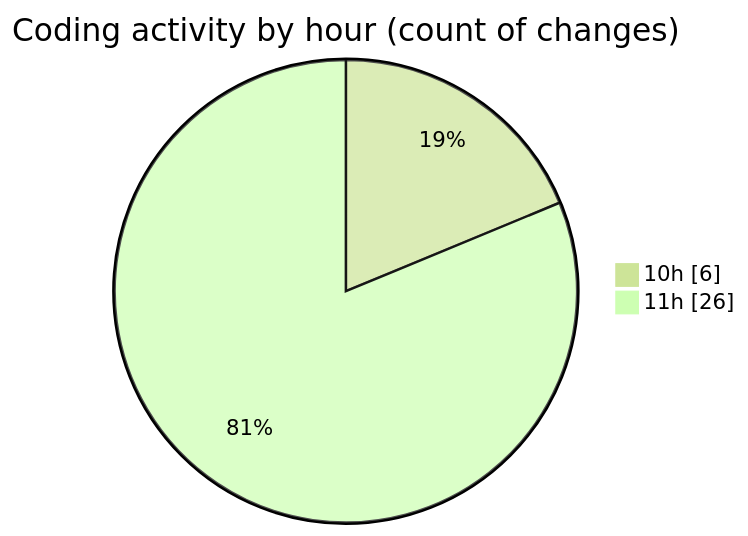
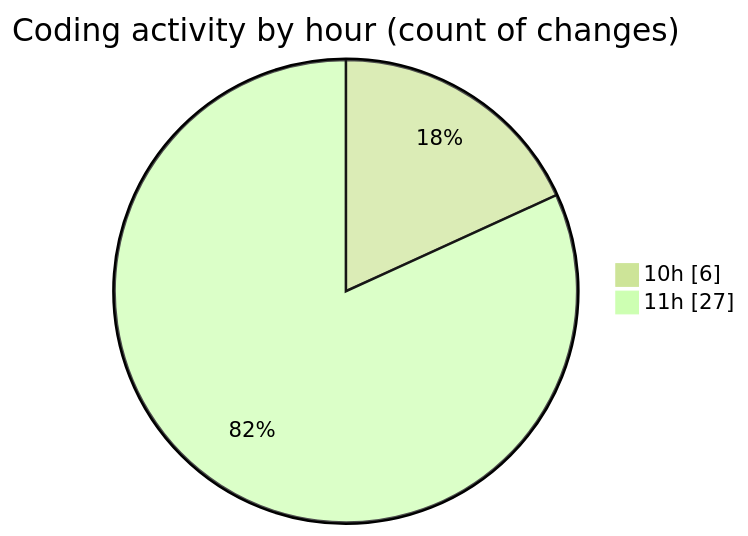
The second of 2 diagrams in 2025-08-13/cda/README.md (momahboobian/code-tracking), drawn with Mermaid (forest theme) before and after one commit. The commit also changed other lines of this file and 1 other file, not shown here.

````diff
--- a/2025-08-13/cda/README.md
+++ b/2025-08-13/cda/README.md
@@ -32,6 +32,6 @@
 ```mermaid
 pie showData
 title Coding activity by hour (count of changes)
 "10h" : 6
-"11h" : 26
+"11h" : 27
 ```
````
